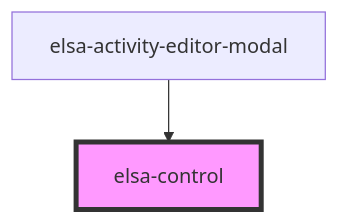
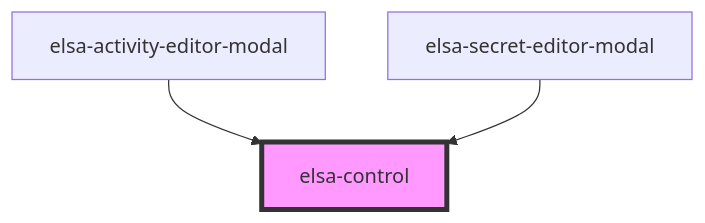
Before and after one commit to elsa-workflows/elsa-core: the diagram in src/designer/elsa-workflows-studio/src/components/controls/elsa-control/readme.md, drawn with Mermaid. The commit also changed other lines of this file and 111 other files, not shown here.

````diff
--- a/src/designer/elsa-workflows-studio/src/components/controls/elsa-control/readme.md
+++ b/src/designer/elsa-workflows-studio/src/components/controls/elsa-control/readme.md
@@ -22,5 +23,6 @@
 ```mermaid
 graph TD;
   elsa-activity-editor-modal --> elsa-control
+  elsa-secret-editor-modal --> elsa-control
   style elsa-control fill:#f9f,stroke:#333,stroke-width:4px
 ```
````
